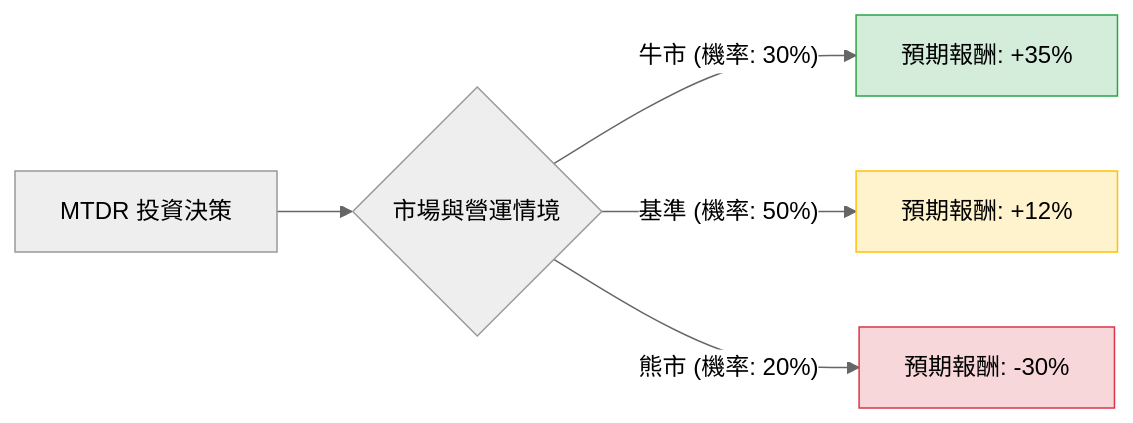
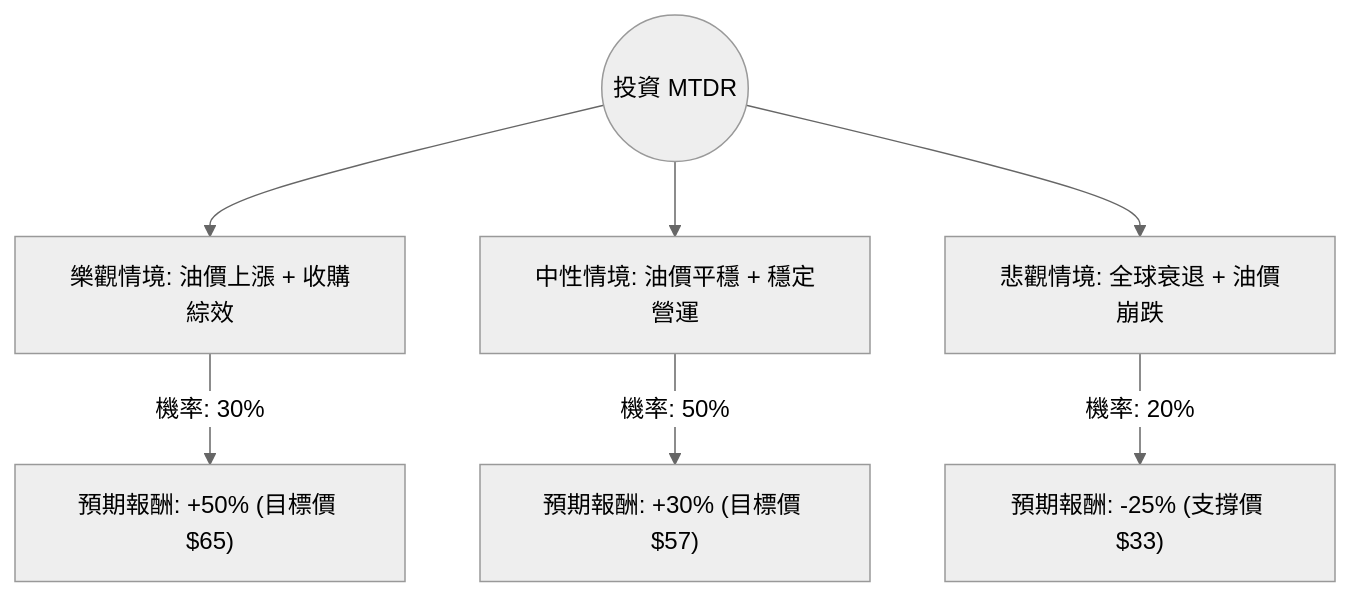
The diagram in plugin-react/ai-analysis/ev-analysis/MTDR.md (zmcx16/zmcx16.github.io), drawn with Mermaid (neutral theme) before and after one commit. The commit also changed other lines of this file and 77 other files, not shown here.

````diff
--- a/plugin-react/ai-analysis/ev-analysis/MTDR.md
+++ b/plugin-react/ai-analysis/ev-analysis/MTDR.md
@@ -28,12 +20,10 @@
 ```mermaid
-graph LR
-    A[MTDR 投資決策] --> B{市場與營運情境}
-    
-    B -- 牛市 (機率: 30%) --> C[預期報酬: +35%]
-    B -- 基準 (機率: 50%) --> D[預期報酬: +12%]
-    B -- 熊市 (機率: 20%) --> E[預期報酬: -30%]
+graph TD
+    Start((投資 MTDR)) --> Bull[樂觀情境: 油價上漲 + 收購綜效]
+    Start --> Base[中性情境: 油價平穩 + 穩定營運]
+    Start --> Bear[悲觀情境: 全球衰退 + 油價崩跌]
 
-    style C fill:#d4edda,stroke:#28a745
-    style D fill:#fff3cd,stroke:#ffc107
-    style E fill:#f8d7da,stroke:#dc3545
+    Bull -- "機率: 30%" --> BullVal["預期報酬: +50% (目標價 $65)"]
+    Base -- "機率: 50%" --> BaseVal["預期報酬: +30% (目標價 $57)"]
+    Bear -- "機率: 20%" --> BearVal["預期報酬: -25% (支撐價 $33)"]
 ```
````
